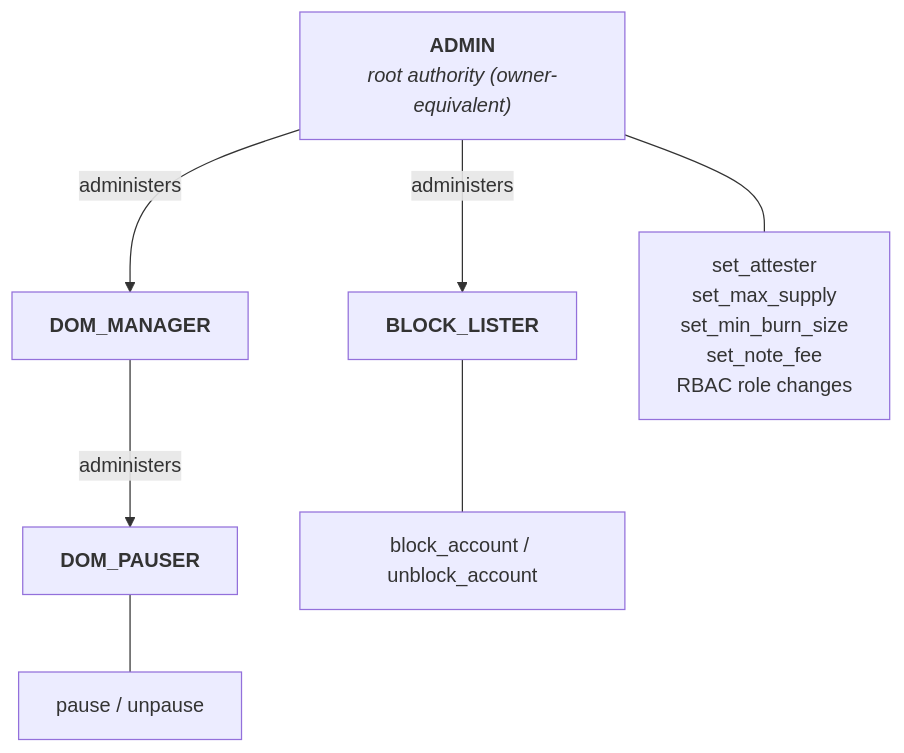
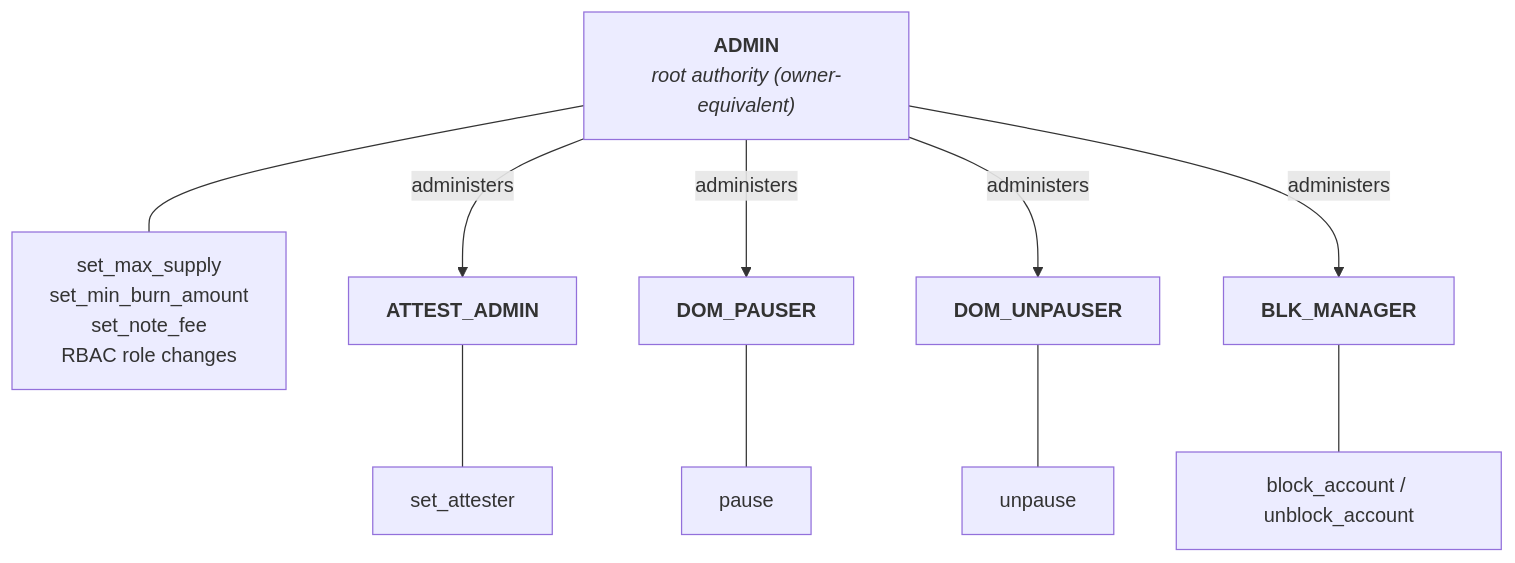
One commit to 0xMiden/miden-usdcx changed the diagram in docs/DEVIATIONS.md. Above: the diagram before and after it, drawn with Mermaid. The commit also changed other lines of this file and 2 other files, not shown here.

Commit message:
docs: describe the #196 role model

````diff
--- a/docs/DEVIATIONS.md
+++ b/docs/DEVIATIONS.md
@@ -11,13 +11,12 @@
 ```mermaid
 flowchart TD
-    ADMIN["<b>ADMIN</b><br/><i>root authority (owner-equivalent)</i>"]
-    DOM_MANAGER["<b>DOM_MANAGER</b>"]
-    DOM_PAUSER["<b>DOM_PAUSER</b>"]
-    BLOCK_LISTER["<b>BLOCK_LISTER</b>"]
-    ADMIN -->|administers| DOM_MANAGER
-    ADMIN -->|administers| BLOCK_LISTER
-    DOM_MANAGER -->|administers| DOM_PAUSER
-    ADMIN --- A1["set_attester<br/>set_max_supply<br/>set_min_burn_size<br/>set_note_fee<br/>RBAC role changes"]
-    DOM_PAUSER --- A2["pause / unpause"]
-    BLOCK_LISTER --- A3["block_account / unblock_account"]
+    ADMIN["<b>ADMIN</b><br/><i>root authority (owner-equivalent)</i>"] --- A1["set_max_supply<br/>set_min_burn_amount<br/>set_note_fee<br/>RBAC role changes"]
+    ADMIN -->|administers| ATTEST_ADMIN["<b>ATTEST_ADMIN</b>"]
+    ADMIN -->|administers| DOM_PAUSER["<b>DOM_PAUSER</b>"]
+    ADMIN -->|administers| DOM_UNPAUSER["<b>DOM_UNPAUSER</b>"]
+    ADMIN -->|administers| BLK_MANAGER["<b>BLK_MANAGER</b>"]
+    ATTEST_ADMIN --- A2["set_attester"]
+    DOM_PAUSER --- A3["pause"]
+    DOM_UNPAUSER --- A4["unpause"]
+    BLK_MANAGER --- A5["block_account / unblock_account"]
 ```
````
